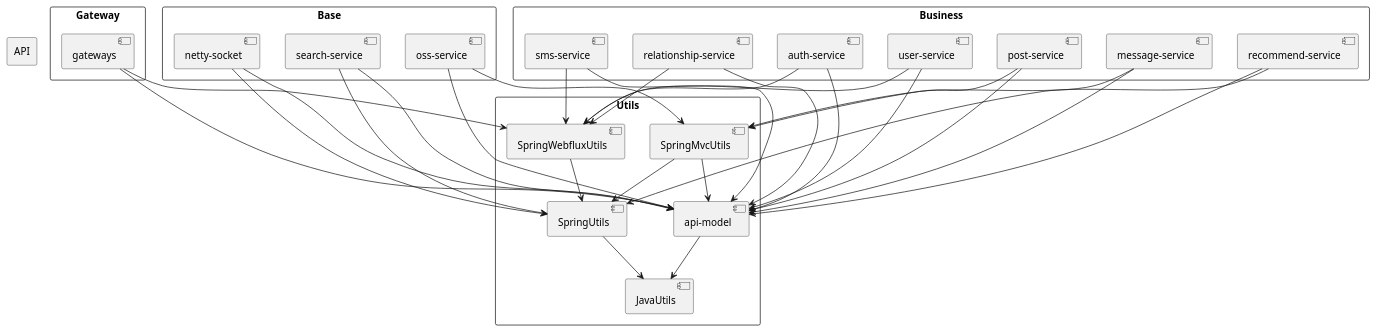
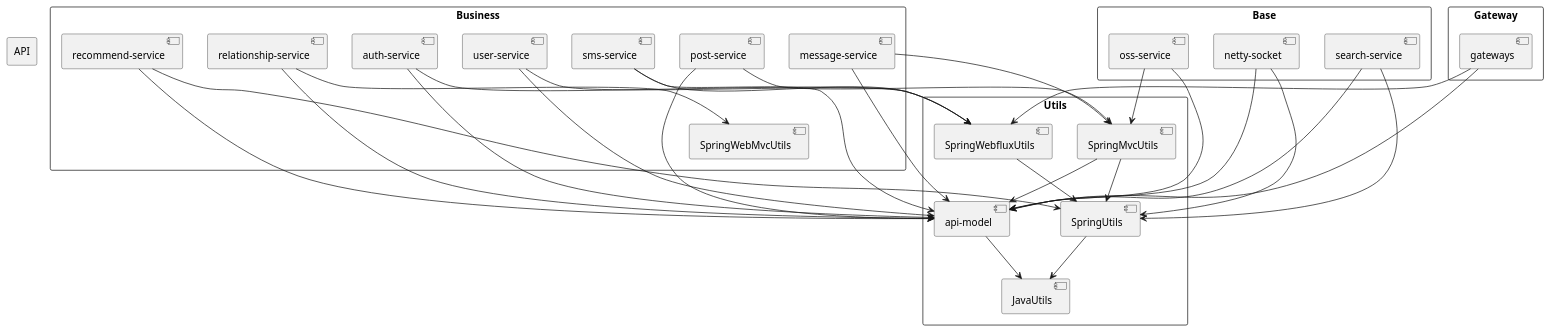
Before and after one commit to nangong918/SmartMedicine-App: the diagram in spring-server/docs/maven依赖树.puml, drawn with PlantUML. The commit also changed 9 other files, not shown here.

```diff
--- a/spring-server/docs/maven依赖树.puml
+++ b/spring-server/docs/maven依赖树.puml
@@ -1,73 +1,73 @@
 @startuml
 skinparam packageStyle rectangle
 
 package "Utils" {
     [JavaUtils]
     [SpringUtils]
     [SpringMvcUtils]
     [SpringWebfluxUtils]
 
     [SpringUtils] --> [JavaUtils]
     [SpringMvcUtils] --> [SpringUtils]
     [SpringWebfluxUtils] --> [SpringUtils]
     [SpringMvcUtils] --> [api-model]
 }
 
 package "API" {
     [api-model]
     [api-model] --> [JavaUtils]
 }
 
 package "Gateway" {
     [gateways]
     [gateways] --> [SpringWebfluxUtils]
     [gateways] --> [api-model]
 }
 
 package "Base" {
     [netty-socket]
     [search-service]
     [oss-service]
 
     [netty-socket] --> [SpringUtils]
     [netty-socket] --> [api-model]
     [search-service] --> [SpringUtils]
     [search-service] --> [api-model]
 
     [oss-service] --> [SpringMvcUtils]
     [oss-service] --> [api-model]
 }
 
 package "Business" {
     [auth-service]
     [user-service]
     [sms-service]
     [message-service]
     [relationship-service]
     [post-service]
 
     [recommend-service]
 
     [auth-service] --> [SpringWebfluxUtils]
     [auth-service] --> [api-model]
 
     [user-service] --> [SpringWebfluxUtils]
     [user-service] --> [api-model]
 
     [sms-service] --> [SpringWebfluxUtils]
     [sms-service] --> [api-model]
 
     [message-service] --> [SpringMvcUtils]
     [message-service] --> [api-model]
 
-    [relationship-service] --> [SpringWebfluxUtils]
+    [relationship-service] --> [SpringWebMvcUtils]
     [relationship-service] --> [api-model]
 
     [post-service] --> [SpringMvcUtils]
     [post-service] --> [api-model]
 
     [recommend-service] --> [SpringUtils]
     [recommend-service] --> [api-model]
 }
 
 @enduml
```
